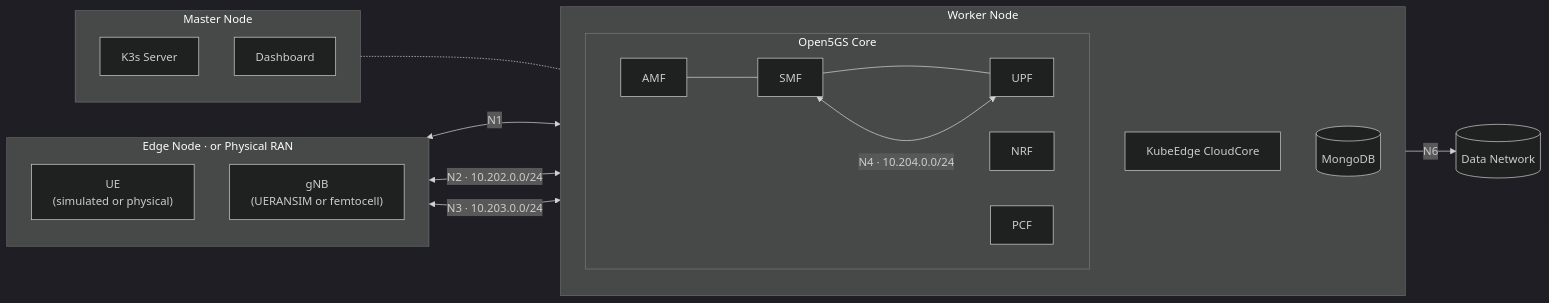
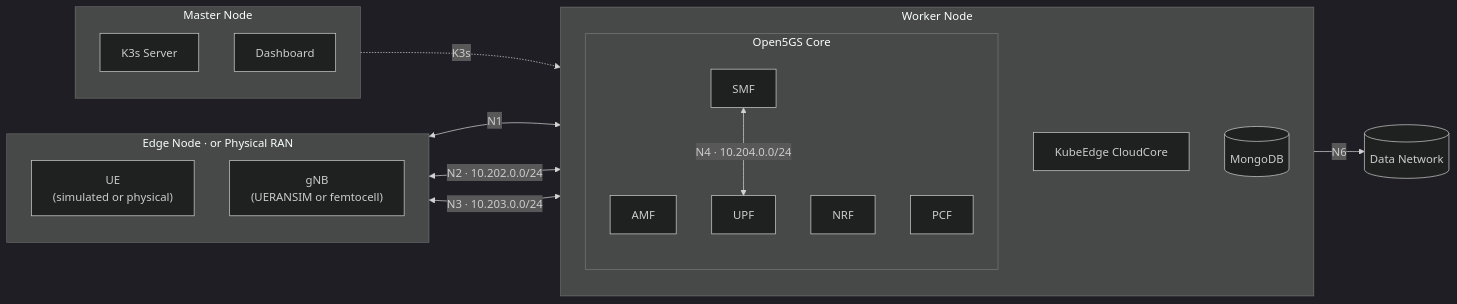
The diagram in README.md (Jacobbista/kelt), drawn with Mermaid (dark theme) before and after one commit.

````diff
--- a/README.md
+++ b/README.md
@@ -35,34 +35,37 @@
 ```mermaid
 graph LR
     subgraph ran["Edge Node  ·  or Physical RAN"]
         direction TB
         UE["UE
         (simulated or physical)"]
         gNB["gNB
         (UERANSIM or femtocell)"]
     end
 
     subgraph worker["Worker Node"]
         direction TB
         subgraph core["Open5GS Core"]
-            direction LR
-            AMF --- SMF --- UPF
-            NRF & PCF
+            direction TB
+            AMF
+            SMF
+            UPF
+            NRF
+            PCF
         end
         CC["KubeEdge CloudCore"]
         DB[("MongoDB")]
     end
 
     subgraph master["Master Node"]
         direction TB
         K3s["K3s Server"]
         Dash["Dashboard"]
     end
 
     UE <-->|N1| AMF
     gNB <-->|"N2 · 10.202.0.0/24"| AMF
     gNB <-->|"N3 · 10.203.0.0/24"| UPF
     SMF <-->|"N4 · 10.204.0.0/24"| UPF
     UPF -->|N6| DN[("Data Network")]
-    master -.- worker
+    master -.->|K3s| worker
 ```
````
